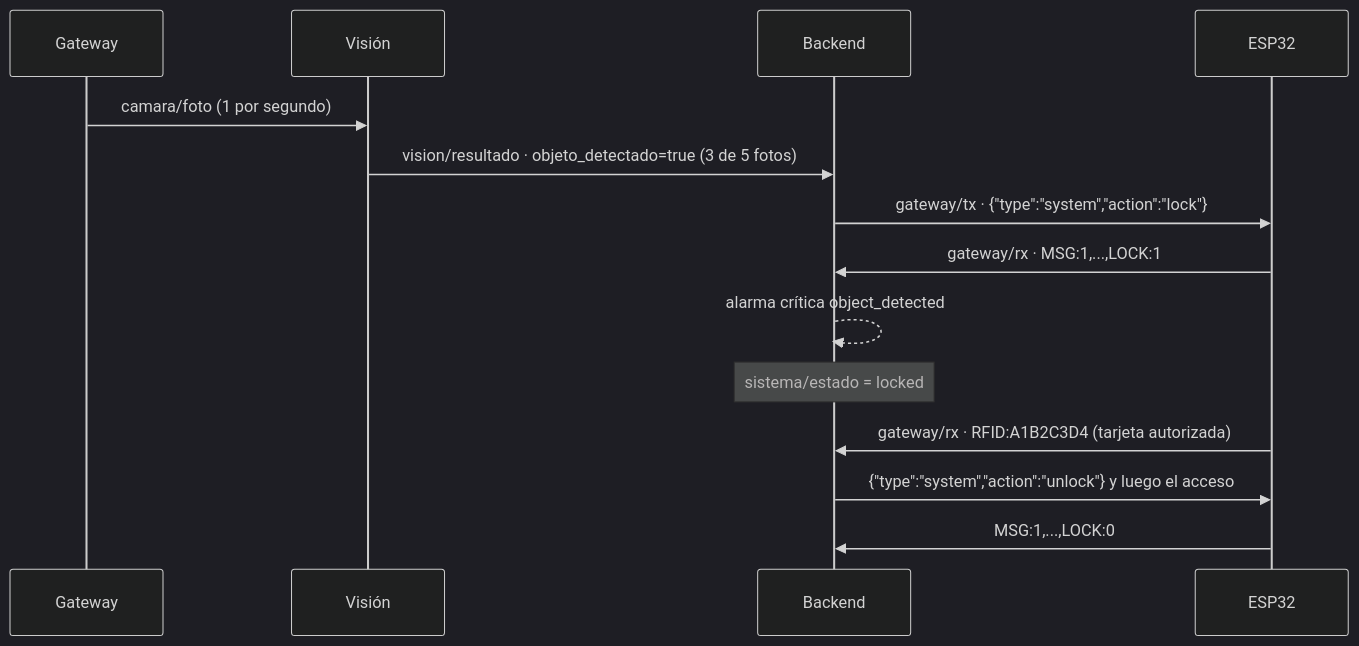
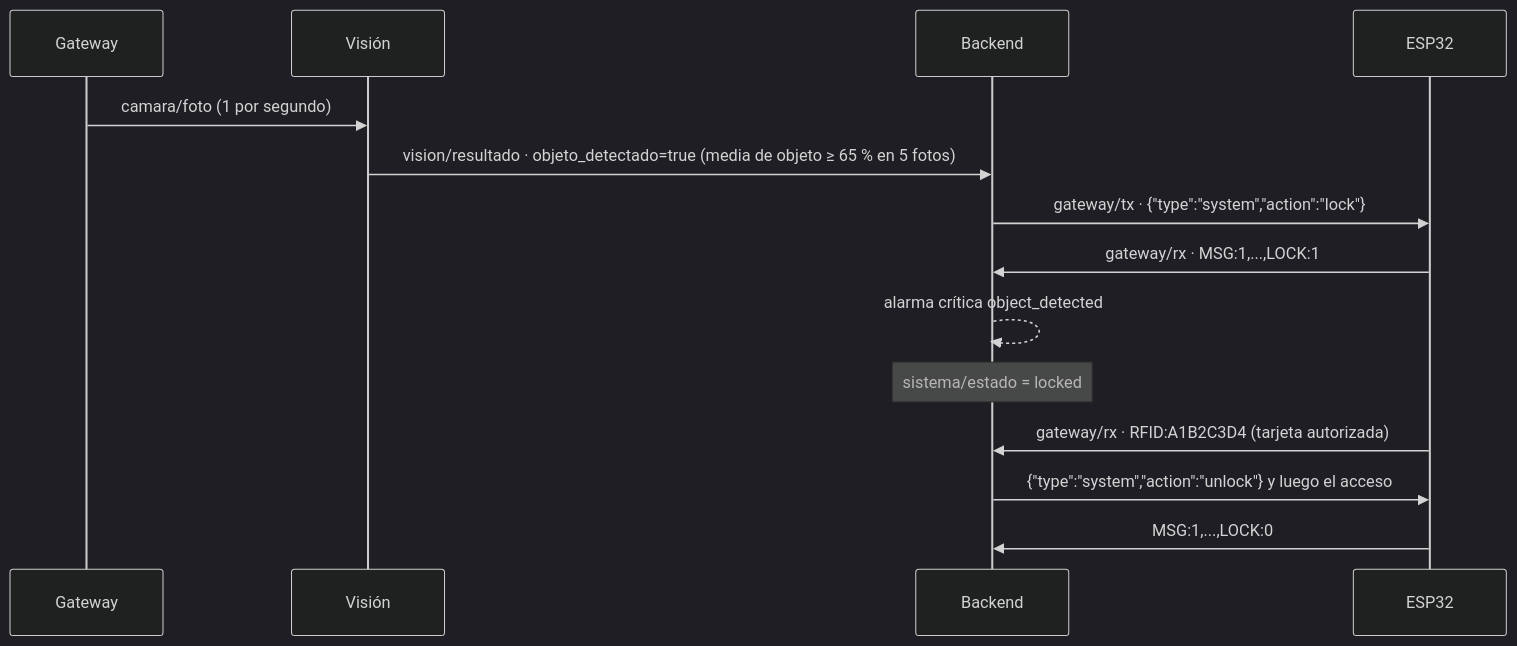
One commit to ricardious/AYC2_G3 changed the diagram in Proyecto_2_SmartEgg/mqtt/TOPICS.md. Above: the diagram before and after it, drawn with Mermaid (dark theme). The commit also changed other lines of this file and 2 other files, not shown here.

Commit message:
docs(vision): explicar la regla del promedio y el campo prob_objeto_media

````diff
--- a/Proyecto_2_SmartEgg/mqtt/TOPICS.md
+++ b/Proyecto_2_SmartEgg/mqtt/TOPICS.md
@@ -262,16 +262,16 @@
 ```mermaid
 sequenceDiagram
     participant GW as Gateway
     participant VIS as Visión
     participant BE as Backend
     participant ESP as ESP32
     GW->>VIS: camara/foto (1 por segundo)
-    VIS->>BE: vision/resultado · objeto_detectado=true (3 de 5 fotos)
+    VIS->>BE: vision/resultado · objeto_detectado=true (media de objeto ≥ 65 % en 5 fotos)
     BE->>ESP: gateway/tx · {"type":"system","action":"lock"}
     ESP->>BE: gateway/rx · MSG:1,...,LOCK:1
     BE-->>BE: alarma crítica object_detected
     Note over BE: sistema/estado = locked
     ESP->>BE: gateway/rx · RFID:A1B2C3D4 (tarjeta autorizada)
     BE->>ESP: {"type":"system","action":"unlock"} y luego el acceso
     ESP->>BE: MSG:1,...,LOCK:0
 ```
````
